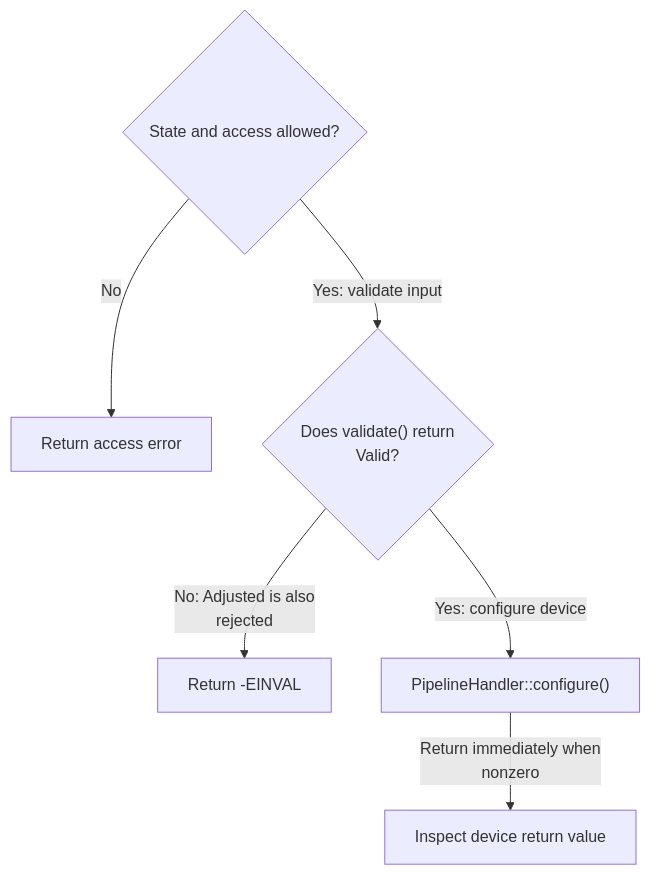
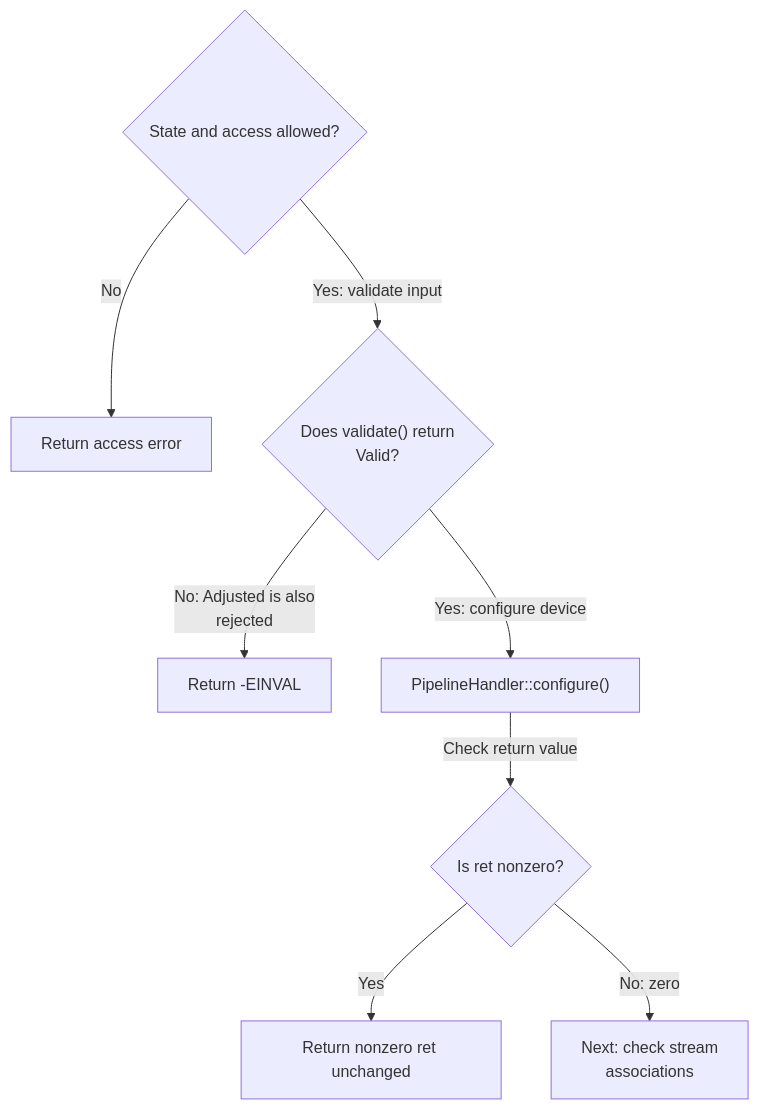
The diagram in docs/en/request-diagnosis.configure-failures.mmd (TTolsun/libcamera-sdd), drawn with Mermaid before and after one commit. The commit also changed 296 other files, not shown here.

Commit message:
Expand request submission diagnosis with verified conditions and diagrams

```diff
--- a/docs/en/request-diagnosis.configure-failures.mmd
+++ b/docs/en/request-diagnosis.configure-failures.mmd
@@ -1,13 +1,17 @@
 flowchart TB
 
   v_access{"State and access allowed?"}
   v_accesserror["Return access error"]
   v_valid{"Does validate() return <br/>Valid?"}
   v_invalid["Return -EINVAL"]
   v_device["PipelineHandler::configure()"]
-  v_ret["Inspect device return value"]
+  v_ret{"Is ret nonzero?"}
+  v_device-error["Return nonzero ret unchanged"]
+  v_streams["Next: check stream <br/>associations"]
   v_access -->|"No"| v_accesserror
   v_access -->|"Yes: validate input"| v_valid
   v_valid -->|"No: Adjusted is also <br/>rejected"| v_invalid
   v_valid -->|"Yes: configure device"| v_device
-  v_device -->|"Return immediately when <br/>nonzero"| v_ret
+  v_device -->|"Check return value"| v_ret
+  v_ret -->|"Yes"| v_device-error
+  v_ret -->|"No: zero"| v_streams
```
